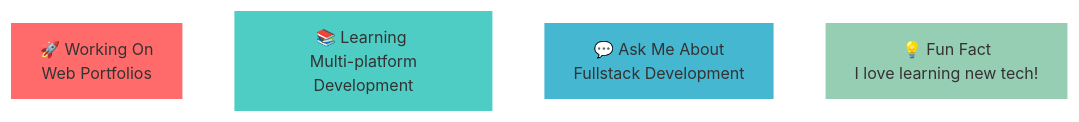
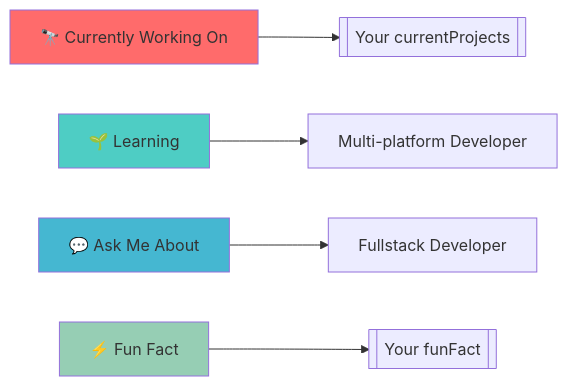
The diagram in README.md (luckydxd/luckydxd), drawn with Mermaid before and after one commit. The commit also changed other lines of this file, not shown here.

````diff
--- a/README.md
+++ b/README.md
@@ -170,13 +166,12 @@
 ```mermaid
-graph TD
-    A["🚀 Working On <br/> Web Portfolios"]
-    B["📚 Learning <br/> Multi-platform Development"]
-    C["💬 Ask Me About <br/> Fullstack Development"]
-    D["💡 Fun Fact <br/> I love learning new tech!"]
-
-    style A fill:#ff6b6b,stroke:#FFF,stroke-width:2px
-    style B fill:#4ecdc4,stroke:#FFF,stroke-width:2px
-    style C fill:#45b7d1,stroke:#FFF,stroke-width:2px
-    style D fill:#96ceb4,stroke:#FFF,stroke-width:2px
-
+graph LR
+    A[🔭 Currently Working On] --> B[[Your currentProjects]]
+    C[🌱 Learning] --> D[Multi-platform Developer]
+    E[💬 Ask Me About] --> F[Fullstack Developer]
+    G[⚡ Fun Fact] --> H[[Your funFact]]
+    
+    style A fill:#ff6b6b
+    style C fill:#4ecdc4
+    style E fill:#45b7d1
+    style G fill:#96ceb4
 ```
````
